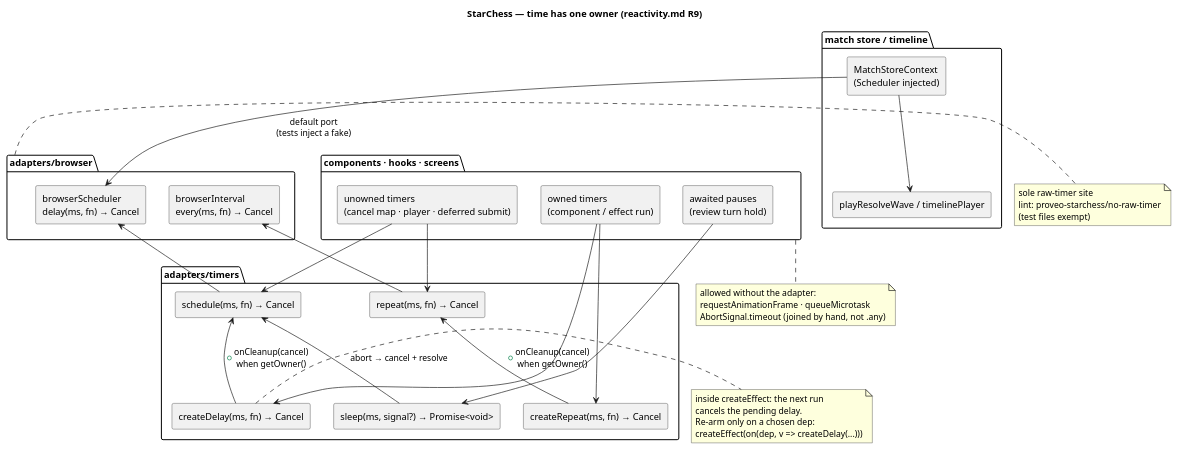
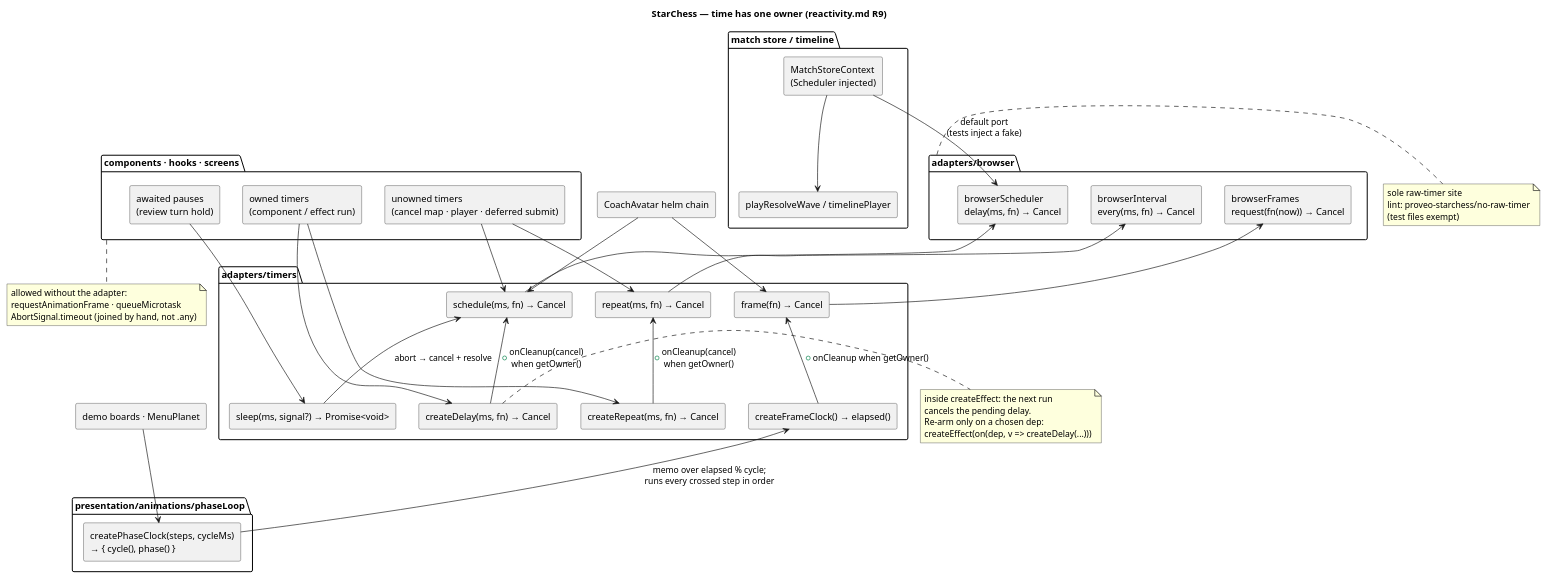
One commit to proveo-ca/chess-coach changed the diagram in _spec/apps/starchess/architecture/timers.puml. Above: the diagram before and after it, drawn with PlantUML. The commit also changed 109 other files, not shown here.

```diff
--- a/_spec/apps/starchess/architecture/timers.puml
+++ b/_spec/apps/starchess/architecture/timers.puml
@@ -1,64 +1,79 @@
 @startuml timers
 title StarChess — time has one owner (reactivity.md R9)
 
 skinparam componentStyle rectangle
 skinparam shadowing false
 
 package "adapters/browser" as browser {
   [browserScheduler\ndelay(ms, fn) → Cancel] as bs
   [browserInterval\nevery(ms, fn) → Cancel] as bi
+  [browserFrames\nrequest(fn(now)) → Cancel] as bf
 }
 
 package "adapters/timers" as timers {
   [schedule(ms, fn) → Cancel] as sch
   [repeat(ms, fn) → Cancel] as rep
   [createDelay(ms, fn) → Cancel] as cd
   [createRepeat(ms, fn) → Cancel] as cr
   [sleep(ms, signal?) → Promise<void>] as slp
+  [frame(fn) → Cancel] as frm
+  [createFrameClock() → elapsed()] as fc
+}
+
+package "presentation/animations/phaseLoop" as pl {
+  [createPhaseClock(steps, cycleMs)\n→ { cycle(), phase() }] as pc
 }
 
 package "match store / timeline" as tl {
   [MatchStoreContext\n(Scheduler injected)] as msc
   [playResolveWave / timelinePlayer] as prw
 }
 
 package "components · hooks · screens" as ui {
   [owned timers\n(component / effect run)] as own
   [unowned timers\n(cancel map · player · deferred submit)] as unown
   [awaited pauses\n(review turn hold)] as await
 }
 
 bs <-- sch
 bi <-- rep
 sch <-- cd : + onCleanup(cancel)\nwhen getOwner()
 rep <-- cr : + onCleanup(cancel)\nwhen getOwner()
 sch <-- slp : abort → cancel + resolve
+bf <-- frm
+frm <-- fc : + onCleanup when getOwner()
+fc <-- pc : memo over elapsed % cycle;\nruns every crossed step in order
 
 msc --> bs : default port\n(tests inject a fake)
 msc --> prw
 
 own --> cd
 own --> cr
 unown --> sch
 unown --> rep
 await --> slp
+[demo boards · MenuPlanet] as demos
+demos --> pc
+[CoachAvatar helm chain] as helm
+helm --> frm
+helm --> sch
 
 note right of browser
   sole raw-timer site
   lint: proveo-starchess/no-raw-timer
   (test files exempt)
 end note
 
 note bottom of ui
   allowed without the adapter:
   requestAnimationFrame · queueMicrotask
   AbortSignal.timeout (joined by hand, not .any)
 end note
 
 note right of cd
   inside createEffect: the next run
   cancels the pending delay.
   Re-arm only on a chosen dep:
   createEffect(on(dep, v => createDelay(...)))
 end note
 @enduml
```
